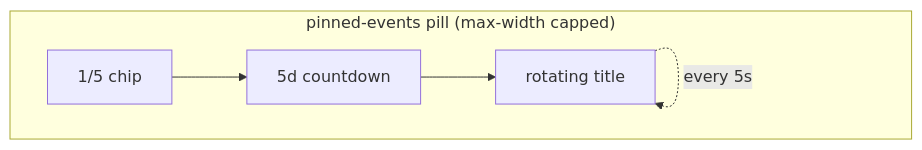
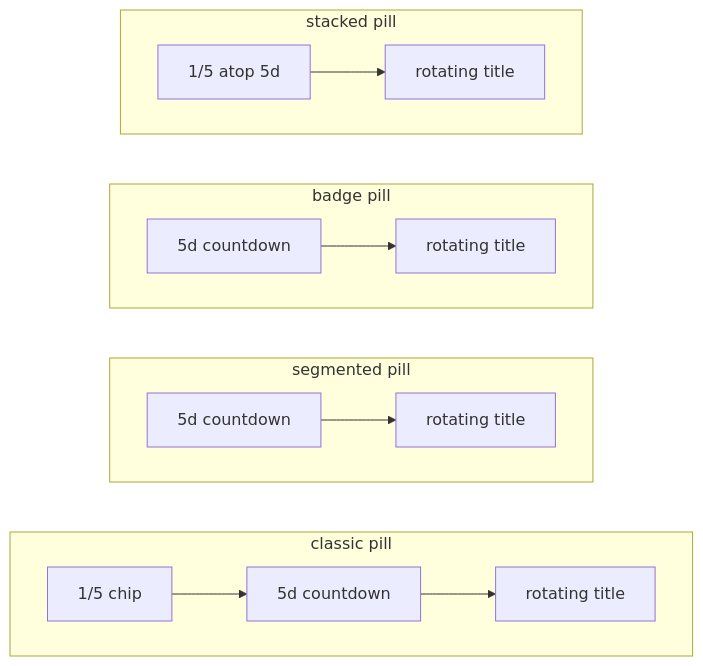
The diagram in docs/pinned-events.md (oncloudnintynineone-source/cloudy2), drawn with Mermaid before and after one commit. The commit also changed other lines of this file and 21 other files, not shown here.

Commit message:
1.257 feature flags: pinned-events indicator variants (classic/segmented/badge/stacked)

````diff
--- a/docs/pinned-events.md
+++ b/docs/pinned-events.md
@@ -77,8 +84,19 @@
 ```mermaid
 flowchart LR
-  subgraph pill["pinned-events pill (max-width capped)"]
- direction LR
-  C["1/5 chip"] --> D["5d countdown"] --> T["rotating title"]
+  subgraph classic["classic pill"]
+    direction LR
+    C["1/5 chip"] --> D["5d countdown"] --> T["rotating title"]
   end
-  T -. every 5s .-> T
+  subgraph segmented["segmented pill"]
+    direction LR
+    D2["5d countdown"] --> T2["rotating title"]
+  end
+  subgraph badge["badge pill"]
+    direction LR
+    D3["5d countdown"] --> T3["rotating title"]
+  end
+  subgraph stacked["stacked pill"]
+    direction LR
+    S["1/5 atop 5d"] --> T4["rotating title"]
+  end
 ```
````
